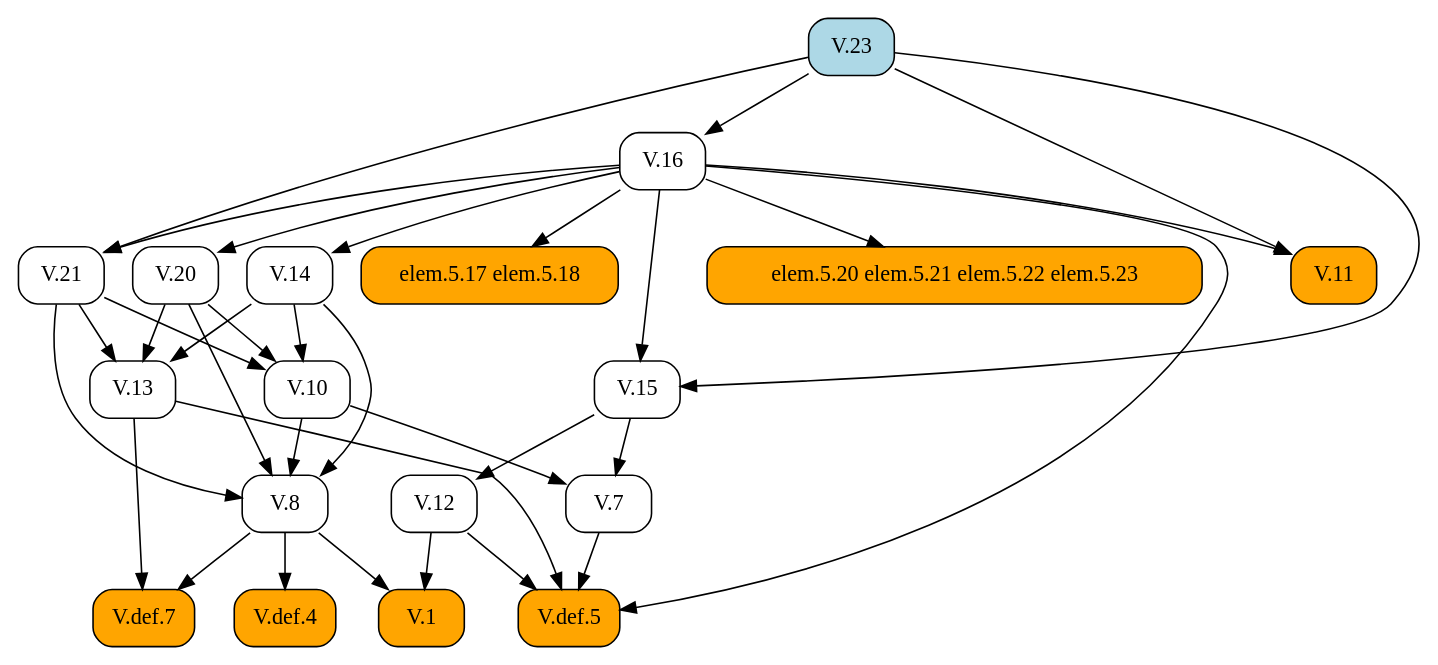
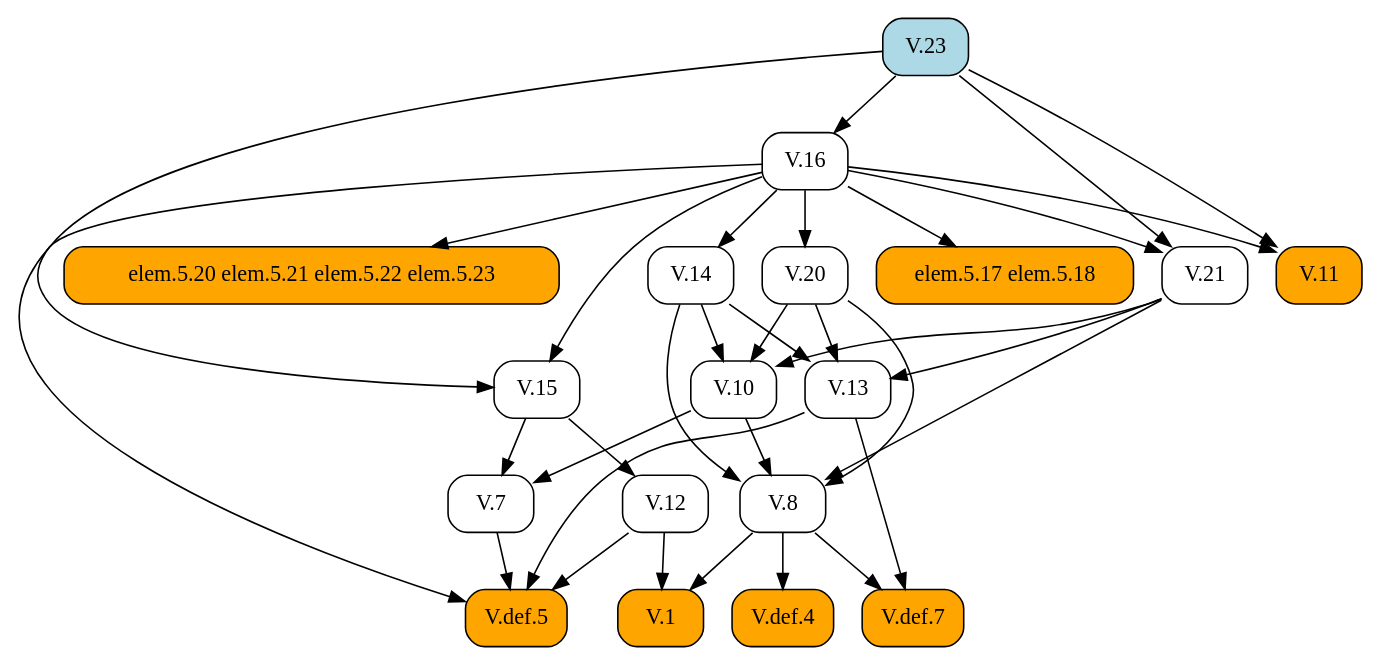
Before and after one commit to geometor/elements: the diagram in docsrc/elements2/V/23/index.rst, drawn with Graphviz. The commit also changed other lines of this file and 171 other files, not shown here.

```diff
--- a/docsrc/elements2/V/23/index.rst
+++ b/docsrc/elements2/V/23/index.rst
@@ -107,57 +107,57 @@
 .. graphviz::
 
    digraph {
      rankdir="TB";
      node [shape=box, style=rounded];
-     "V.16" [URL="/elements2/V/16/", target="_top"];
-     "elem.5.17 elem.5.18" [style="rounded,filled", fillcolor=orange];
+     "V.20" [URL="/elements2/V/20/", target="_top"];
+     "V.14" [URL="/elements2/V/14/", target="_top"];
+     "V.10" [URL="/elements2/V/10/", target="_top"];
+     "V.def.5" [style="rounded,filled", fillcolor=orange, URL="/elements2/V/def.5/", target="_top"];
+     "V.def.4" [style="rounded,filled", fillcolor=orange, URL="/elements2/V/def.4/", target="_top"];
+     "V.23" [style="rounded,filled", fillcolor=lightblue, URL="/elements2/V/23/", target="_top"];
      "V.1" [style="rounded,filled", fillcolor=orange, URL="/elements2/V/1/", target="_top"];
      "V.7" [URL="/elements2/V/7/", target="_top"];
+     "V.13" [URL="/elements2/V/13/", target="_top"];
+     "V.12" [URL="/elements2/V/12/", target="_top"];
+     "V.11" [style="rounded,filled", fillcolor=orange, URL="/elements2/V/11/", target="_top"];
+     "elem.5.17 elem.5.18" [style="rounded,filled", fillcolor=orange];
+     "elem.5.20 elem.5.21 elem.5.22 elem.5.23" [style="rounded,filled", fillcolor=orange];
      "V.21" [URL="/elements2/V/21/", target="_top"];
-     "elem.5.20 elem.5.21 elem.5.22 elem.5.23" [style="rounded,filled", fillcolor=orange];
-     "V.23" [style="rounded,filled", fillcolor=lightblue, URL="/elements2/V/23/", target="_top"];
-     "V.def.5" [style="rounded,filled", fillcolor=orange, URL="/elements2/V/def.5/", target="_top"];
+     "V.16" [URL="/elements2/V/16/", target="_top"];
+     "V.15" [URL="/elements2/V/15/", target="_top"];
+     "V.8" [URL="/elements2/V/8/", target="_top"];
      "V.def.7" [style="rounded,filled", fillcolor=orange, URL="/elements2/V/def.7/", target="_top"];
-     "V.def.4" [style="rounded,filled", fillcolor=orange, URL="/elements2/V/def.4/", target="_top"];
-     "V.11" [style="rounded,filled", fillcolor=orange, URL="/elements2/V/11/", target="_top"];
-     "V.10" [URL="/elements2/V/10/", target="_top"];
-     "V.12" [URL="/elements2/V/12/", target="_top"];
-     "V.13" [URL="/elements2/V/13/", target="_top"];
-     "V.15" [URL="/elements2/V/15/", target="_top"];
-     "V.14" [URL="/elements2/V/14/", target="_top"];
-     "V.8" [URL="/elements2/V/8/", target="_top"];
-     "V.20" [URL="/elements2/V/20/", target="_top"];
-     "V.23" -> "V.16";
-     "V.16" -> "elem.5.17 elem.5.18";
+     "V.16" -> "V.20";
+     "V.16" -> "V.14";
+     "V.14" -> "V.10";
+     "V.20" -> "V.10";
+     "V.21" -> "V.10";
+     "V.7" -> "V.def.5";
+     "V.12" -> "V.def.5";
+     "V.13" -> "V.def.5";
+     "V.16" -> "V.def.5";
+     "V.8" -> "V.def.4";
      "V.8" -> "V.1";
      "V.12" -> "V.1";
      "V.10" -> "V.7";
      "V.15" -> "V.7";
-     "V.16" -> "V.21";
-     "V.23" -> "V.21";
-     "V.16" -> "elem.5.20 elem.5.21 elem.5.22 elem.5.23";
-     "V.7" -> "V.def.5";
-     "V.12" -> "V.def.5";
-     "V.13" -> "V.def.5";
-     "V.16" -> "V.def.5";
-     "V.8" -> "V.def.7";
-     "V.13" -> "V.def.7";
-     "V.8" -> "V.def.4";
-     "V.16" -> "V.11";
-     "V.23" -> "V.11";
-     "V.14" -> "V.10";
-     "V.20" -> "V.10";
-     "V.21" -> "V.10";
-     "V.15" -> "V.12";
      "V.14" -> "V.13";
      "V.20" -> "V.13";
      "V.21" -> "V.13";
+     "V.15" -> "V.12";
+     "V.16" -> "V.11";
+     "V.23" -> "V.11";
+     "V.16" -> "elem.5.17 elem.5.18";
+     "V.16" -> "elem.5.20 elem.5.21 elem.5.22 elem.5.23";
+     "V.16" -> "V.21";
+     "V.23" -> "V.21";
+     "V.23" -> "V.16";
      "V.16" -> "V.15";
      "V.23" -> "V.15";
-     "V.16" -> "V.14";
      "V.10" -> "V.8";
      "V.14" -> "V.8";
      "V.20" -> "V.8";
      "V.21" -> "V.8";
-     "V.16" -> "V.20";
+     "V.8" -> "V.def.7";
+     "V.13" -> "V.def.7";
    }
```
